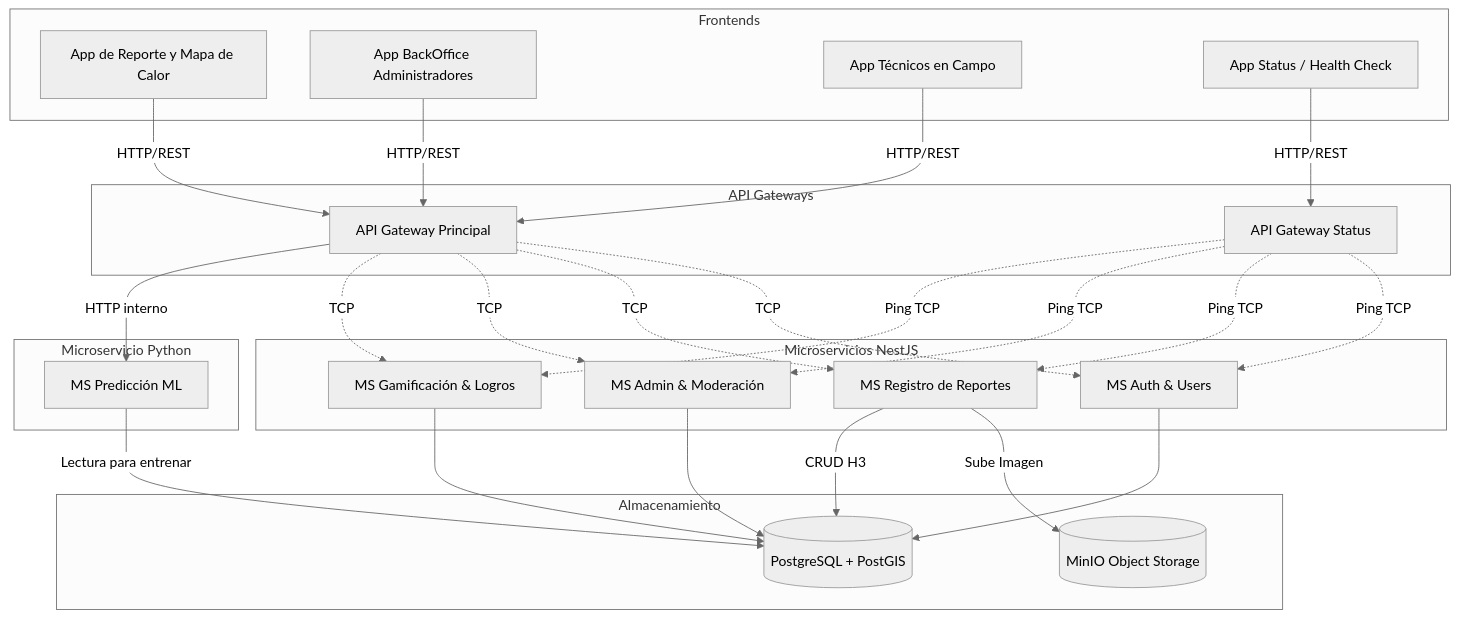
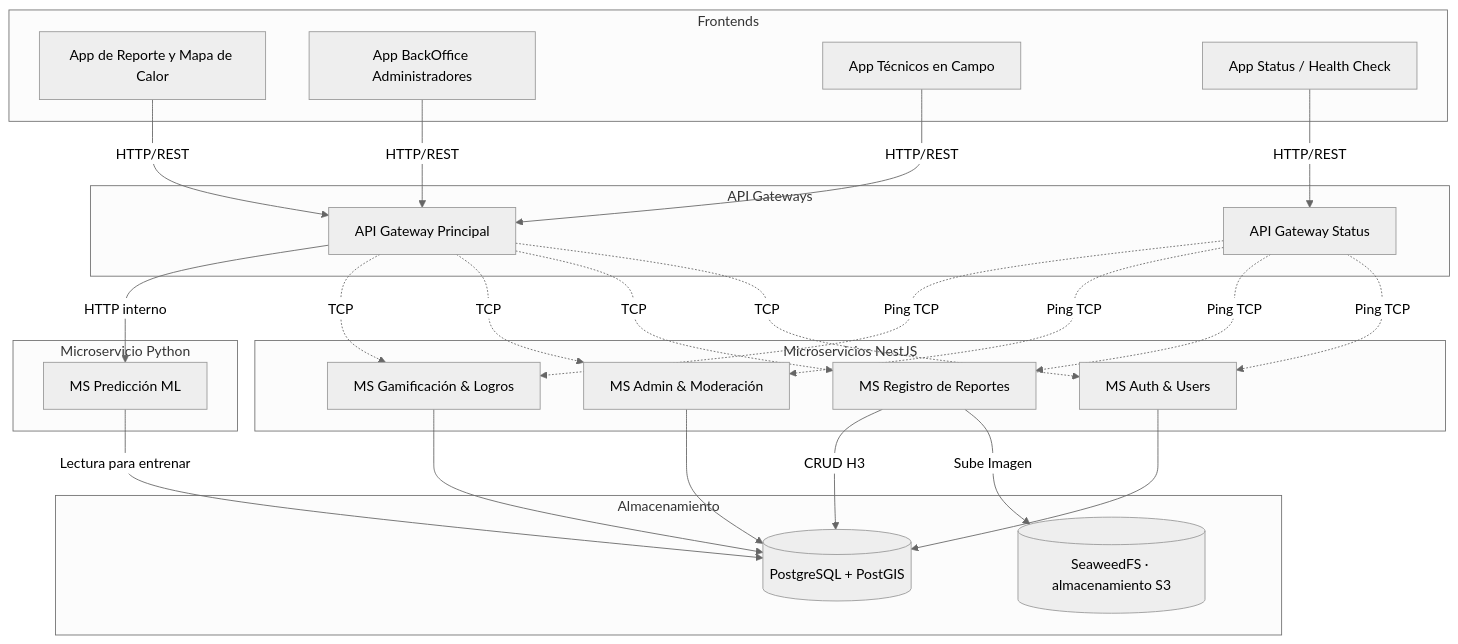
The diagram in docs/arquitectura.md (douglasDFH/ojo_camba2.0), drawn with Mermaid (neutral theme) before and after one commit. The commit also changed other lines of this file and 13 other files, not shown here.

````diff
--- a/docs/arquitectura.md
+++ b/docs/arquitectura.md
@@ -7,53 +7,53 @@
 ```mermaid
 graph TD
     subgraph Frontends
         AppReporte[App de Reporte y Mapa de Calor]
         AppBackOffice[App BackOffice Administradores]
         AppTecnico[App Técnicos en Campo]
         AppStatus[App Status / Health Check]
     end
 
     subgraph API Gateways
         GW_Principal[API Gateway Principal]
         GW_Status[API Gateway Status]
     end
 
     AppReporte -->|HTTP/REST| GW_Principal
     AppBackOffice -->|HTTP/REST| GW_Principal
     AppTecnico -->|HTTP/REST| GW_Principal
     AppStatus -->|HTTP/REST| GW_Status
 
     subgraph Microservicios NestJS
         MS_Auth[MS Auth & Users]
         MS_Register[MS Registro de Reportes]
         MS_Admin[MS Admin & Moderación]
         MS_Gamify[MS Gamificación & Logros]
     end
 
     subgraph Microservicio Python
         MS_Prediccion[MS Predicción ML]
     end
 
     GW_Principal -.->|TCP| MS_Auth
     GW_Principal -.->|TCP| MS_Register
     GW_Principal -.->|TCP| MS_Admin
     GW_Principal -.->|TCP| MS_Gamify
     GW_Principal -->|HTTP interno| MS_Prediccion
     
     GW_Status -.->|Ping TCP| MS_Auth
     GW_Status -.->|Ping TCP| MS_Register
     GW_Status -.->|Ping TCP| MS_Admin
     GW_Status -.->|Ping TCP| MS_Gamify
 
     subgraph Almacenamiento
         DB[(PostgreSQL + PostGIS)]
-        MinIO[(MinIO Object Storage)]
+        SeaweedFS[(SeaweedFS · almacenamiento S3)]
     end
 
-    MS_Register -->|Sube Imagen| MinIO
+    MS_Register -->|Sube Imagen| SeaweedFS
     MS_Register -->|CRUD H3| DB
     MS_Auth --> DB
     MS_Admin --> DB
     MS_Gamify --> DB
     MS_Prediccion -->|Lectura para entrenar| DB
 ```
````
